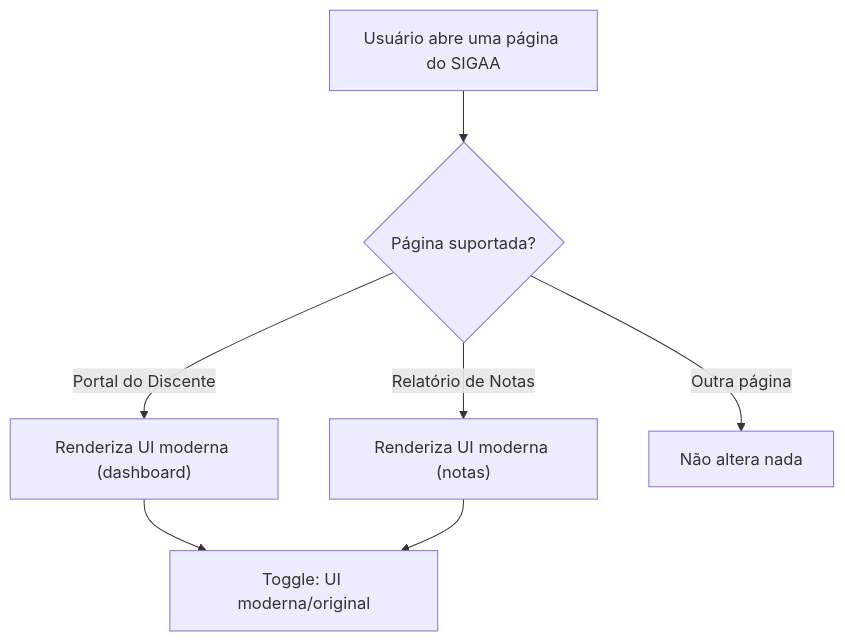
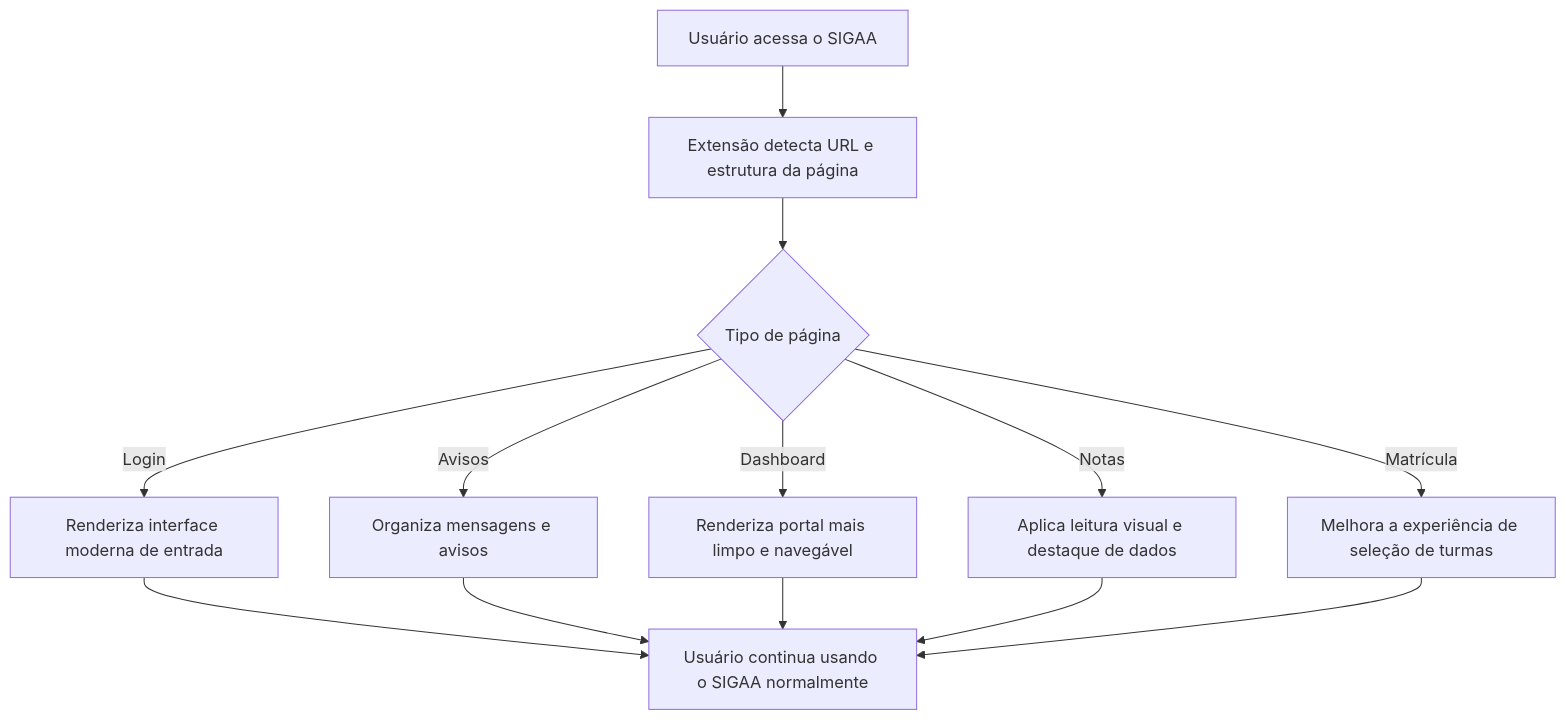
Before and after one commit to RubsNeto/SigaaUI: the diagram in README.md, drawn with Mermaid. The commit also changed other lines of this file, not shown here.

````diff
--- a/README.md
+++ b/README.md
@@ -133,9 +145,15 @@
 ```mermaid
 flowchart TD
-  A["Usuário abre uma página do SIGAA"] --> B{"Página suportada?"}
-  B -->|Portal do Discente| C["Renderiza UI moderna (dashboard)"]
-  B -->|Relatório de Notas| D["Renderiza UI moderna (notas)"]
-  B -->|Outra página| E["Não altera nada"]
-  C --> F["Toggle: UI moderna/original"]
-  D --> F
+  A["Usuário acessa o SIGAA"] --> B["Extensão detecta URL e estrutura da página"]
+  B --> C{"Tipo de página"}
+  C -->|Login| D["Renderiza interface moderna de entrada"]
+  C -->|Avisos| E["Organiza mensagens e avisos"]
+  C -->|Dashboard| F["Renderiza portal mais limpo e navegável"]
+  C -->|Notas| G["Aplica leitura visual e destaque de dados"]
+  C -->|Matrícula| H["Melhora a experiência de seleção de turmas"]
+  D --> I["Usuário continua usando o SIGAA normalmente"]
+  E --> I
+  F --> I
+  G --> I
+  H --> I
 ```
````
